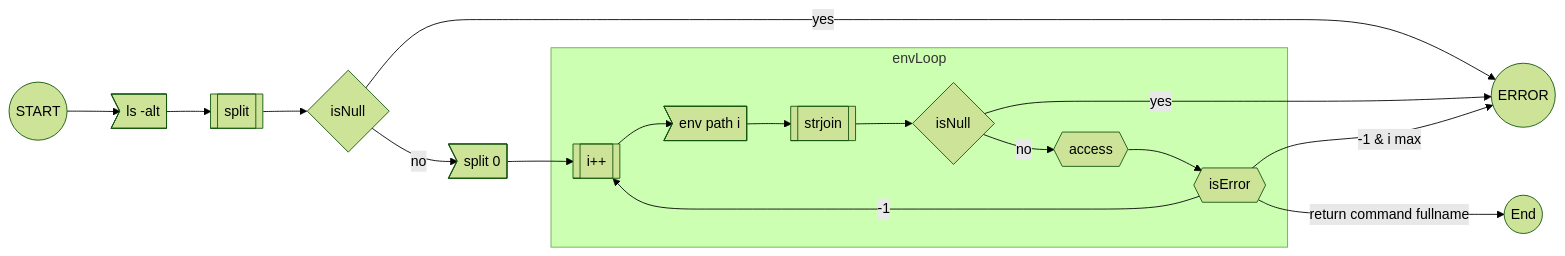
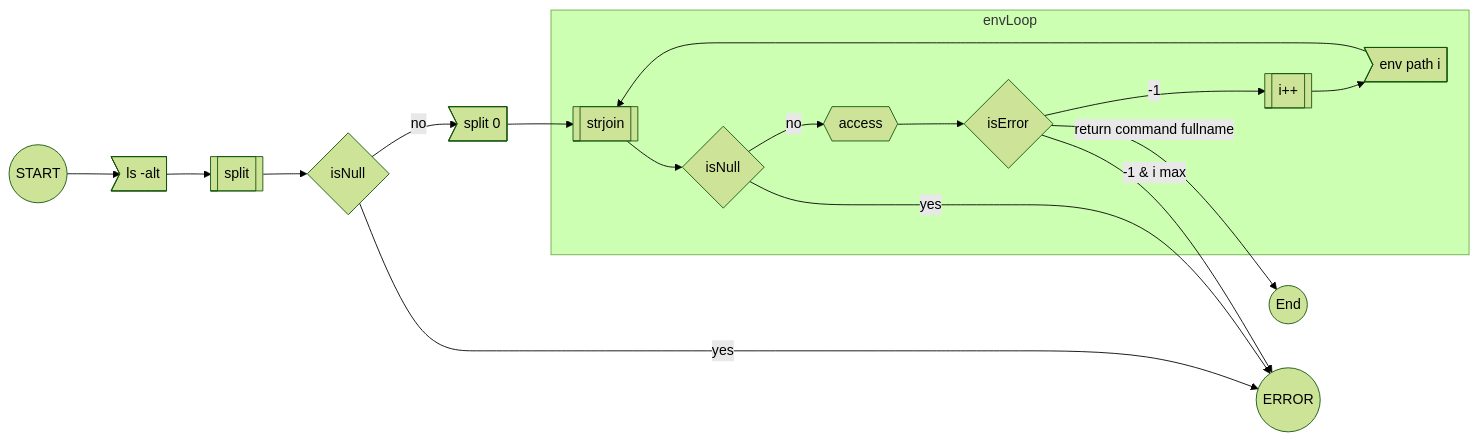
One commit to BarrierAntho/42_pipex changed the second of 4 diagrams in README.md. Above: the diagram before and after it, drawn with Mermaid (forest theme).

Commit message:
RDME - flowchart get command fullname modification
BODY:
Change split[0] direction

TODO:
N/A

````diff
--- a/README.md
+++ b/README.md
@@ -100,34 +100,34 @@
 ```mermaid
 flowchart LR
     START((START))
     END((End))
     ERR((ERROR))
     input>ls -alt]
     split[[split]]
     splitError{isNull}
     split0>split 0]
     subgraph envLoop
         i[[i++]]
         envPath>env path i]
         strjoin[[strjoin]]
         strjoinError{isNull}
         access{{access}}
-        accessError{{isError}}
+        accessError{isError}
     end
 
     START --> input
     input --> split
     split --> splitError
     splitError --> |yes| ERR
     splitError --> |no| split0
-    split0 -->i
+    split0 --> strjoin
     envPath --> strjoin
     strjoin --> strjoinError
     strjoinError --> |yes| ERR
     strjoinError --> |no| access
     access --> accessError
     accessError --> |-1| i
     accessError --> |return command fullname| END
     accessError --> |-1 & i max| ERR
     i --> envPath
 ```
````
